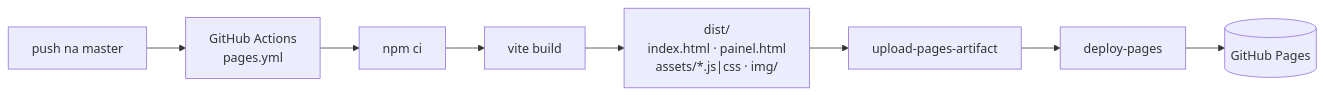
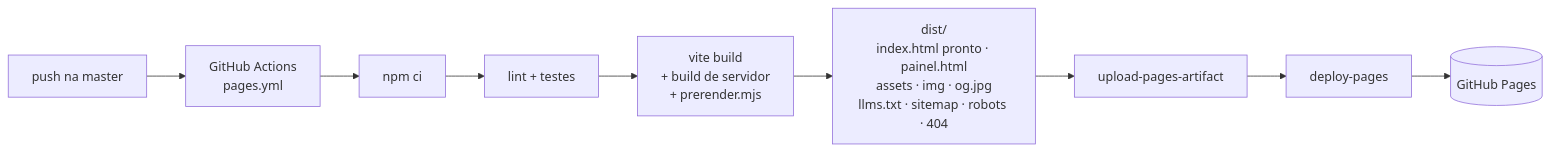
The seventh of 7 diagrams in docs/ARQUITETURA.md (Cabrly/kaizen-site), drawn with Mermaid before and after one commit. The commit also changed other lines of this file and 4 other files, not shown here.

````diff
--- a/docs/ARQUITETURA.md
+++ b/docs/ARQUITETURA.md
@@ -132,7 +177,7 @@
 ```mermaid
 flowchart LR
     S["push na master"] --> GA["GitHub Actions<br/>pages.yml"]
-    GA --> CI["npm ci"] --> B["vite build"]
-    B --> D["dist/<br/>index.html · painel.html<br/>assets/*.js|css · img/"]
+    GA --> CI["npm ci"] --> Q["lint + testes"] --> B["vite build<br/>+ build de servidor<br/>+ prerender.mjs"]
+    B --> D["dist/<br/>index.html pronto · painel.html<br/>assets · img · og.jpg<br/>llms.txt · sitemap · robots · 404"]
     D --> UP[upload-pages-artifact] --> DP[deploy-pages] --> GP[(GitHub Pages)]
 ```
````
